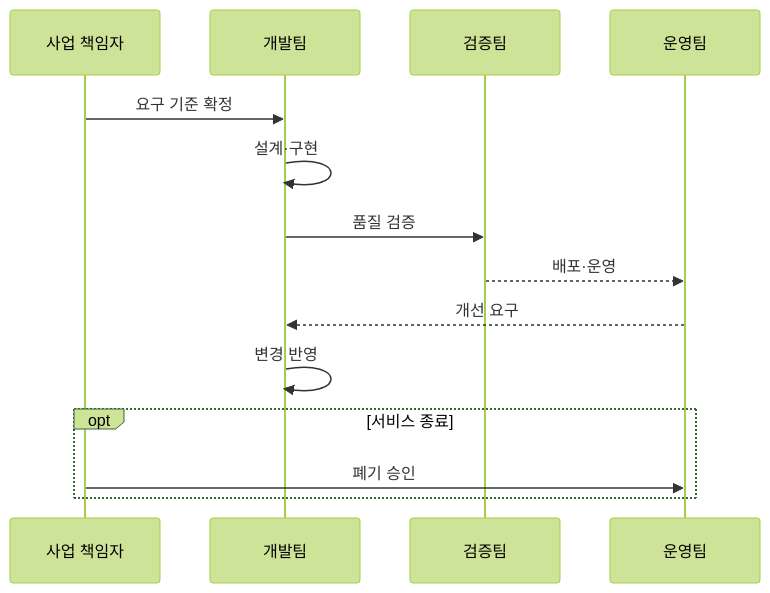
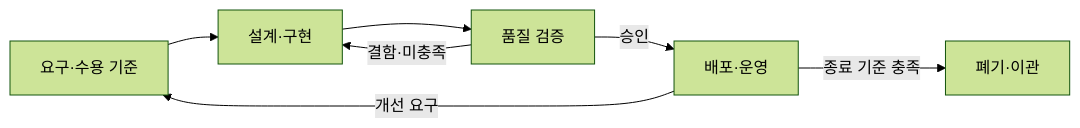
Before and after one commit to agnusdei1207/knowledge-base: the diagram in src/content/docs/notes/03-software/030_software_development_lifecycle.md, drawn with Mermaid (forest theme). The commit also changed other lines of this file and 13 other files, not shown here.

````diff
--- a/src/content/docs/notes/03-software/030_software_development_lifecycle.md
+++ b/src/content/docs/notes/03-software/030_software_development_lifecycle.md
@@ -73,16 +73,9 @@
 ```mermaid
-sequenceDiagram
-    participant B as 사업 책임자
-    participant D as 개발팀
-    participant Q as 검증팀
-    participant O as 운영팀
-    B->>D: 요구 기준 확정
-    D->>D: 설계·구현
-    D->>Q: 품질 검증
-    Q-->>O: 배포·운영
-    O-->>D: 개선 요구
-    D->>D: 변경 반영
-    opt 서비스 종료
-        B->>O: 폐기 승인
-    end
+flowchart LR
+    R[요구·수용 기준] --> D[설계·구현]
+    D --> V[품질 검증]
+    V -->|승인| O[배포·운영]
+    V -->|결함·미충족| D
+    O -->|개선 요구| R
+    O -->|종료 기준 충족| E[폐기·이관]
 ```
````
